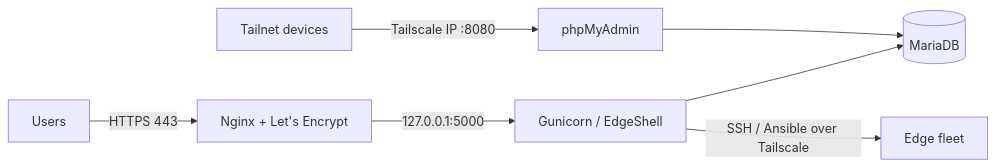
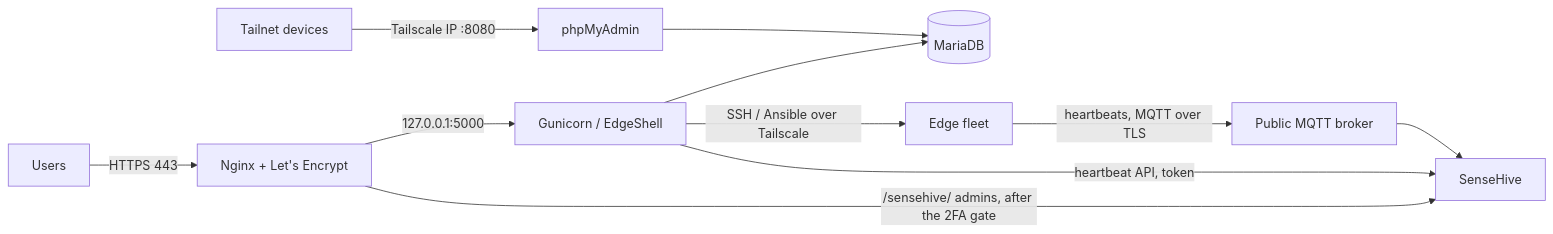
Before and after one commit to 855princekumar/edgeshell: the second of 4 diagrams in README.md, drawn with Mermaid. The commit also changed other lines of this file and 12 other files, not shown here.

First line of the commit message:
1.9.2: SenseHive 1.4.1 in the stack, the whole system in the architecture docs (#43)

````diff
--- a/README.md
+++ b/README.md
@@ -404,9 +425,13 @@
 ```mermaid
 flowchart LR
     U[Users] -->|HTTPS 443| N[Nginx + Let's Encrypt]
     N -->|127.0.0.1:5000| G[Gunicorn / EdgeShell]
+    N -->|/sensehive/ admins, after the 2FA gate| SH[SenseHive]
     G --> M[(MariaDB)]
+    G -->|heartbeat API, token| SH
     G -->|SSH / Ansible over Tailscale| F[Edge fleet]
+    F -->|heartbeats, MQTT over TLS| B[Public MQTT broker]
+    B --> SH
     T[Tailnet devices] -->|Tailscale IP :8080| P[phpMyAdmin]
     P --> M
 ```
````
